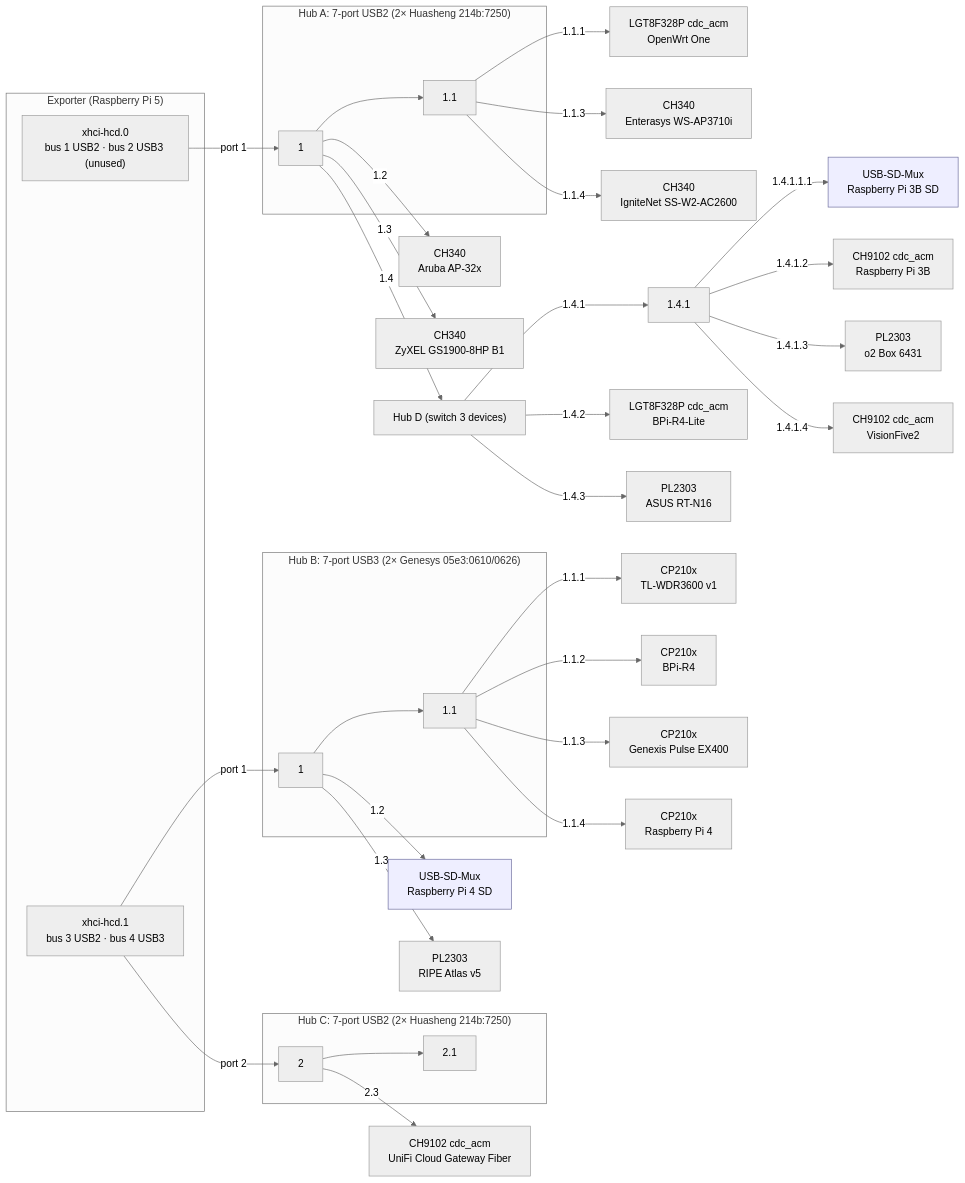
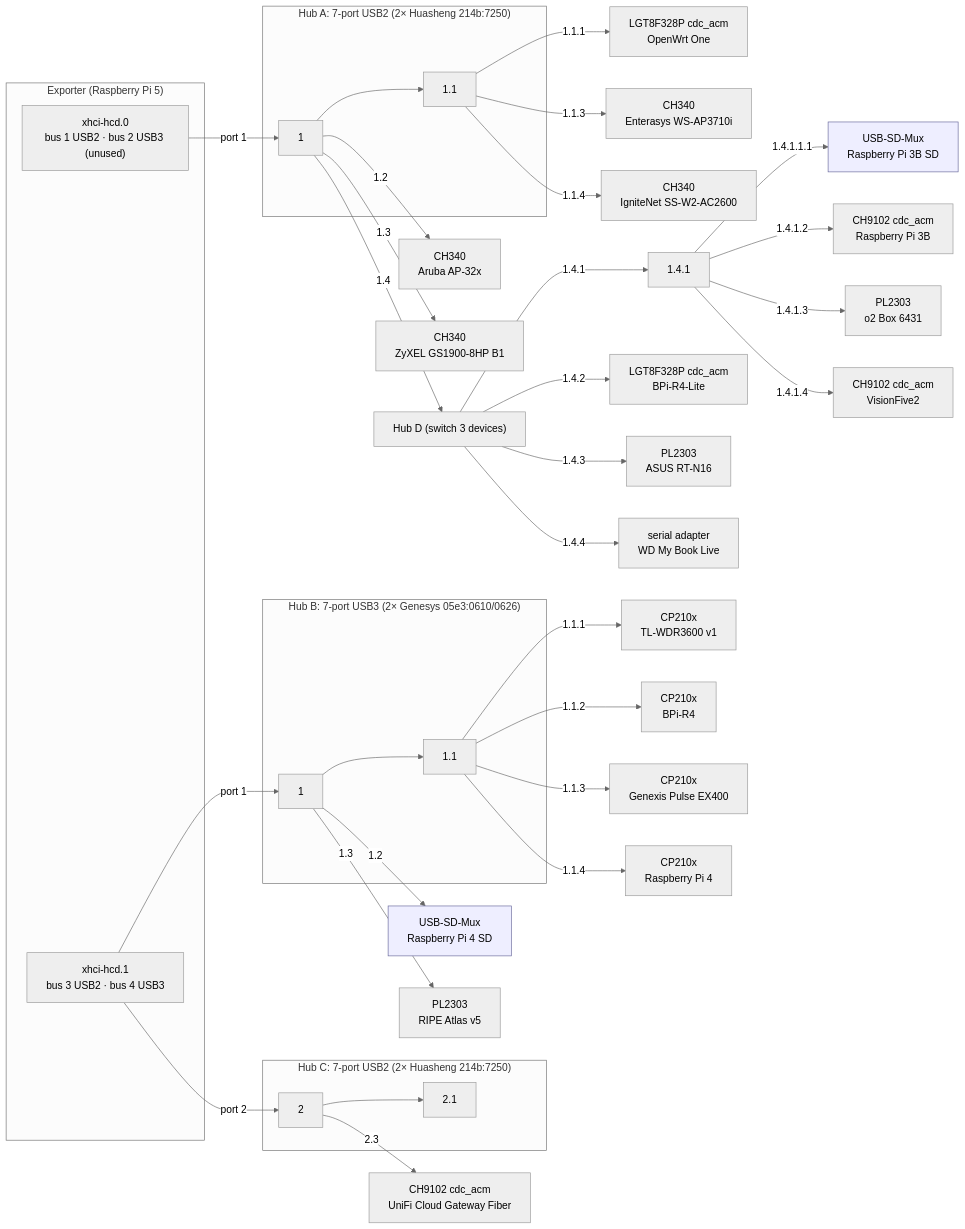
The second of 2 diagrams in labs/labgrid-aparcar/README.md (aparcar/openwrt-tests), drawn with Mermaid (neutral theme) before and after one commit. The commit also changed other lines of this file and 3 other files, not shown here.

First line of the commit message:
labs: aparcar: add the WD My Book Live on switch 3

````diff
--- a/labs/labgrid-aparcar/README.md
+++ b/labs/labgrid-aparcar/README.md
@@ -202,47 +203,48 @@
 ```mermaid
 flowchart LR
   subgraph EXP["Exporter (Raspberry Pi 5)"]
     X0["xhci-hcd.0<br/>bus 1 USB2 · bus 2 USB3 (unused)"]
     X1["xhci-hcd.1<br/>bus 3 USB2 · bus 4 USB3"]
   end
 
   subgraph HUBA["Hub A: 7-port USB2 (2× Huasheng 214b:7250)"]
     A0["1"] --> A1["1.1"]
   end
   subgraph HUBB["Hub B: 7-port USB3 (2× Genesys 05e3:0610/0626)"]
     B0["1"] --> B1["1.1"]
   end
   subgraph HUBC["Hub C: 7-port USB2 (2× Huasheng 214b:7250)"]
     C0["2"] --> C1["2.1"]
   end
 
   X0 -->|port 1| A0
   X1 -->|port 1| B0
   X1 -->|port 2| C0
 
   A1 -->|1.1.1| a1["LGT8F328P cdc_acm<br/>OpenWrt One"]
   A1 -->|1.1.3| a7["CH340<br/>Enterasys WS-AP3710i"]
   A1 -->|1.1.4| a8["CH340<br/>IgniteNet SS-W2-AC2600"]
   A0 -->|1.2| a3["CH340<br/>Aruba AP-32x"]
   A0 -->|1.3| a4["CH340<br/>ZyXEL GS1900-8HP B1"]
   A0 -->|1.4| D0["Hub D (switch 3 devices)"]
   D0 -->|1.4.1| D1["1.4.1"]
   D1 -->|1.4.1.1.1| d1m["USB-SD-Mux<br/>Raspberry Pi 3B SD"]
   D1 -->|1.4.1.2| d1s["CH9102 cdc_acm<br/>Raspberry Pi 3B"]
   D1 -->|1.4.1.3| d1o["PL2303<br/>o2 Box 6431"]
   D1 -->|1.4.1.4| d1v["CH9102 cdc_acm<br/>VisionFive2"]
   D0 -->|1.4.2| d2r["LGT8F328P cdc_acm<br/>BPi-R4-Lite"]
   D0 -->|1.4.3| d3a["PL2303<br/>ASUS RT-N16"]
+  D0 -->|1.4.4| d4w["serial adapter<br/>WD My Book Live"]
 
   B1 -->|1.1.1| b1["CP210x<br/>TL-WDR3600 v1"]
   B1 -->|1.1.2| b2["CP210x<br/>BPi-R4"]
   B1 -->|1.1.3| b3["CP210x<br/>Genexis Pulse EX400"]
   B1 -->|1.1.4| b4["CP210x<br/>Raspberry Pi 4"]
   B0 -->|1.2| b5["USB-SD-Mux<br/>Raspberry Pi 4 SD"]
   B0 -->|1.3| b6["PL2303<br/>RIPE Atlas v5"]
 
   C0 -->|2.3| c5["CH9102 cdc_acm<br/>UniFi Cloud Gateway Fiber"]
 
   classDef mux fill:#eef,stroke:#669
   class b5,d1m mux
 ```
````
